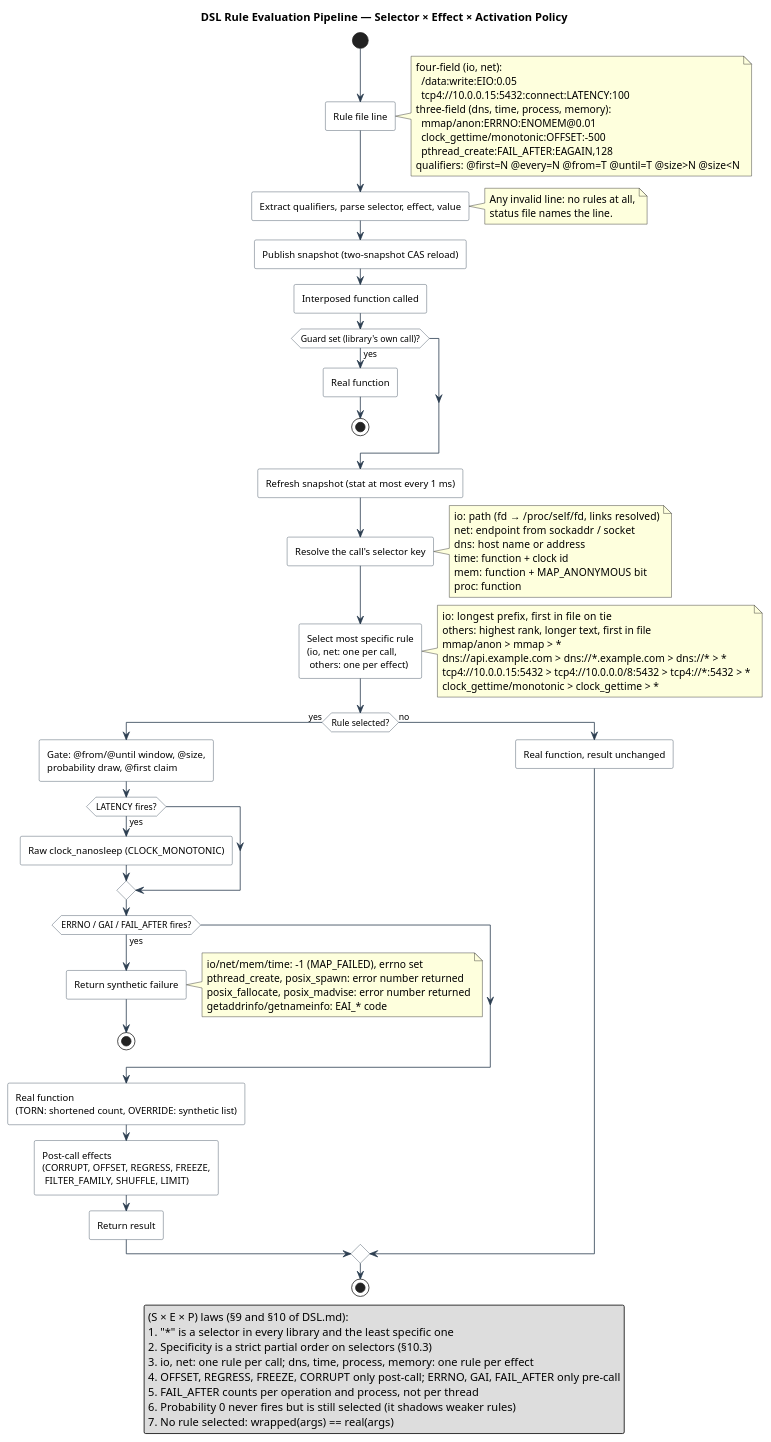
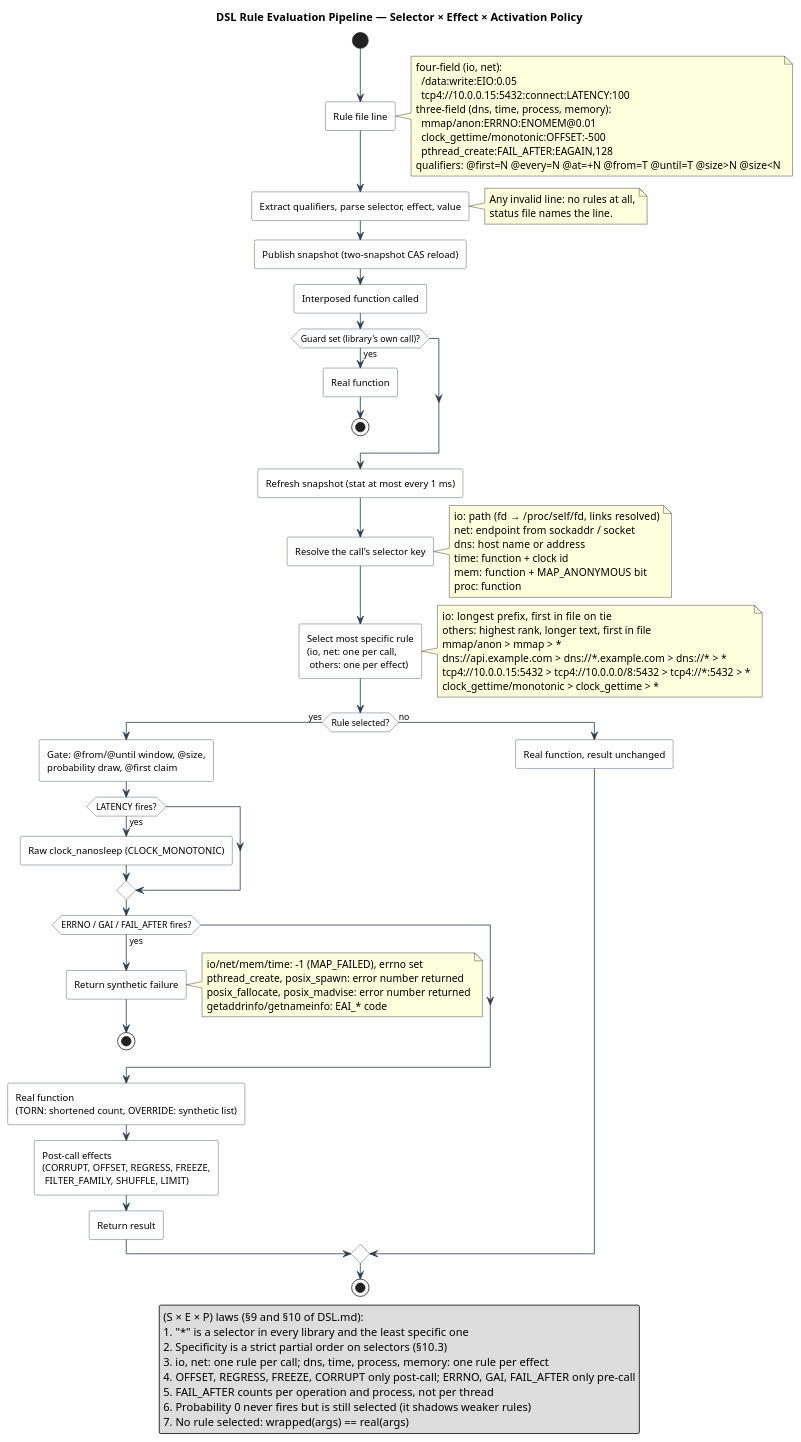
The diagram in docs/DSL.md (macstab/macstab-chaos-testing-libraries), drawn with PlantUML before and after one commit. The commit also changed other lines of this file and 20 other files, not shown here.

```diff
--- a/docs/DSL.md
+++ b/docs/DSL.md
@@ -700,7 +703,7 @@
     mmap/anon:ERRNO:ENOMEM@0.01
     clock_gettime/monotonic:OFFSET:-500
     pthread_create:FAIL_AFTER:EAGAIN,128
-  qualifiers: @first=N @every=N @from=T @until=T @size>N @size<N
+  qualifiers: @first=N @every=N @at=+N @from=T @until=T @size>N @size<N
 end note
 
 :Extract qualifiers, parse selector, effect, value;
```
